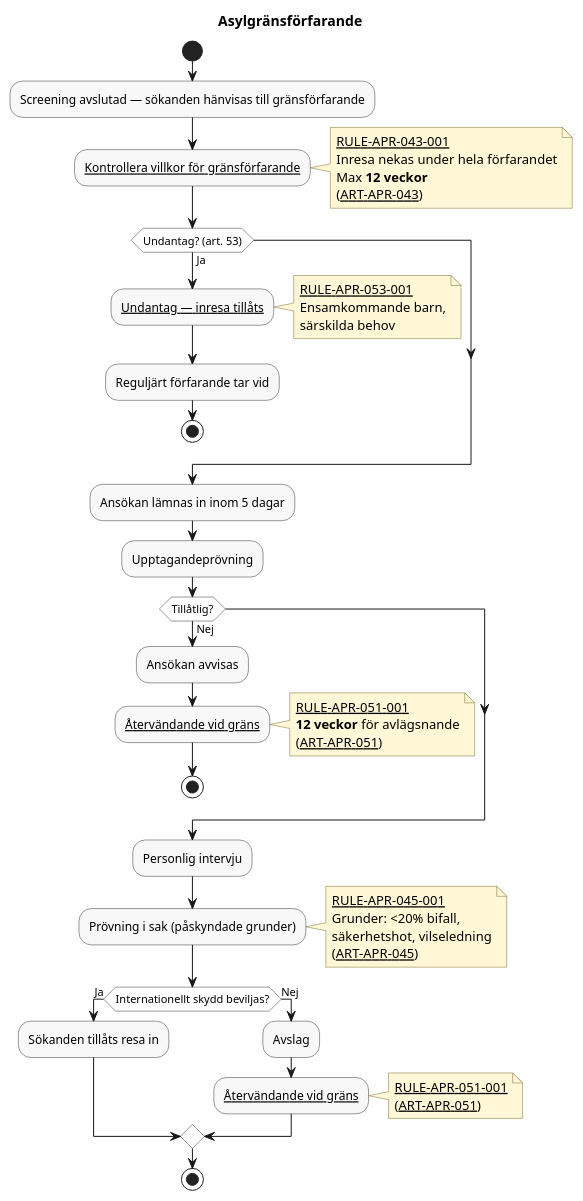
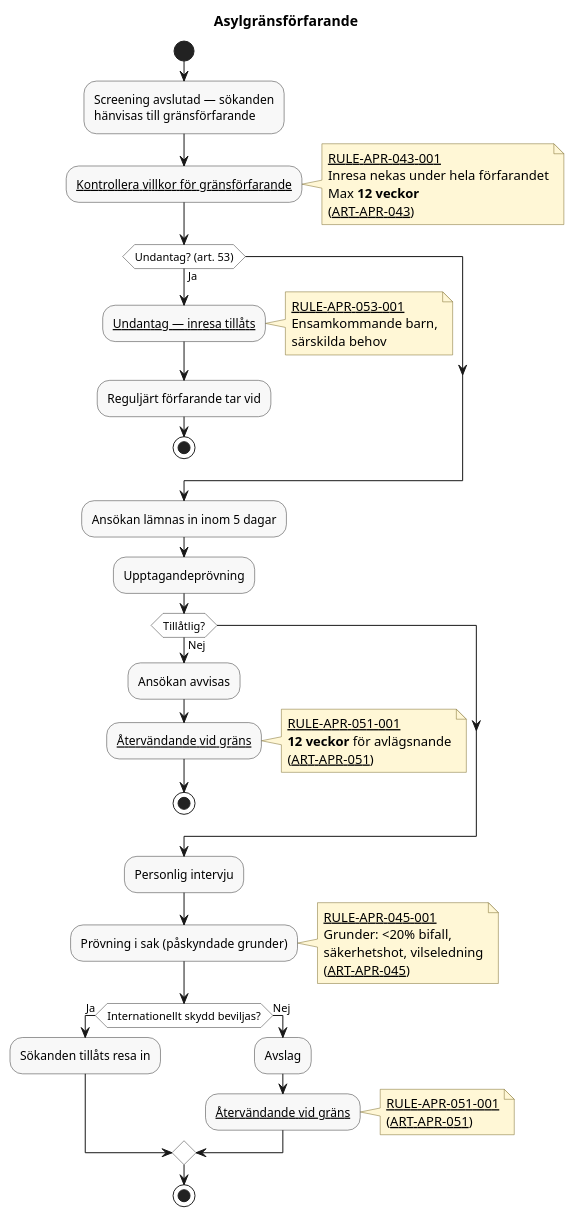
The diagram in docs/domains/border-procedure/diagrams/asylum-border-procedure.pu (chrhe894/migration_pact), drawn with PlantUML before and after one commit. The commit also changed 14 other files, not shown here.

Commit message:
Less wide diagrams

```diff
--- a/docs/domains/border-procedure/diagrams/asylum-border-procedure.pu
+++ b/docs/domains/border-procedure/diagrams/asylum-border-procedure.pu
@@ -15,94 +15,94 @@
 @startuml asylum-border-procedure
 
 title Asylgränsförfarande
 
 skinparam shadowing false
 skinparam HyperlinkColor Black
 skinparam HyperlinkUnderline true
 skinparam defaultFontName Arial
 skinparam activity {
   BackgroundColor #F8F8F8
   BorderColor #333333
   DiamondBackgroundColor #FFFFFF
   DiamondBorderColor #333333
 }
 skinparam note {
   BackgroundColor #FFF7D6
   BorderColor #7A6A2A
 }
 
 start
 
-:Screening avslutad — sökanden hänvisas till gränsförfarande;
+:Screening avslutad — sökanden\nhänvisas till gränsförfarande;
 
 :[[../rules/rule-apr-043-001.md Kontrollera villkor för gränsförfarande]];
 note right
   [[../rules/rule-apr-043-001.md RULE-APR-043-001]]
   Inresa nekas under hela förfarandet
   Max **12 veckor**
   ([[../articles/apr-043.md ART-APR-043]])
 end note
 
 if (Undantag? (art. 53)) then (Ja)
 
     :[[../rules/rule-apr-053-001.md Undantag — inresa tillåts]];
     note right
       [[../rules/rule-apr-053-001.md RULE-APR-053-001]]
       Ensamkommande barn,
       särskilda behov
     end note
 
     :Reguljärt förfarande tar vid;
 
     stop
 
 endif
 
 :Ansökan lämnas in inom 5 dagar;
 
 :Upptagandeprövning;
 
 if (Tillåtlig?) then (Nej)
 
     :Ansökan avvisas;
 
     :[[../rules/rule-apr-051-001.md Återvändande vid gräns]];
     note right
       [[../rules/rule-apr-051-001.md RULE-APR-051-001]]
       **12 veckor** för avlägsnande
       ([[../articles/apr-051.md ART-APR-051]])
     end note
 
     stop
 
 endif
 
 :Personlig intervju;
 
 :Prövning i sak (påskyndade grunder);
 note right
   [[../rules/rule-apr-045-001.md RULE-APR-045-001]]
   Grunder: <20% bifall,
   säkerhetshot, vilseledning
   ([[../articles/apr-045.md ART-APR-045]])
 end note
 
 if (Internationellt skydd beviljas?) then (Ja)
 
     :Sökanden tillåts resa in;
 
 else (Nej)
 
     :Avslag;
 
     :[[../rules/rule-apr-051-001.md Återvändande vid gräns]];
     note right
       [[../rules/rule-apr-051-001.md RULE-APR-051-001]]
       ([[../articles/apr-051.md ART-APR-051]])
     end note
 
 endif
 
 stop
 
 @enduml
```
